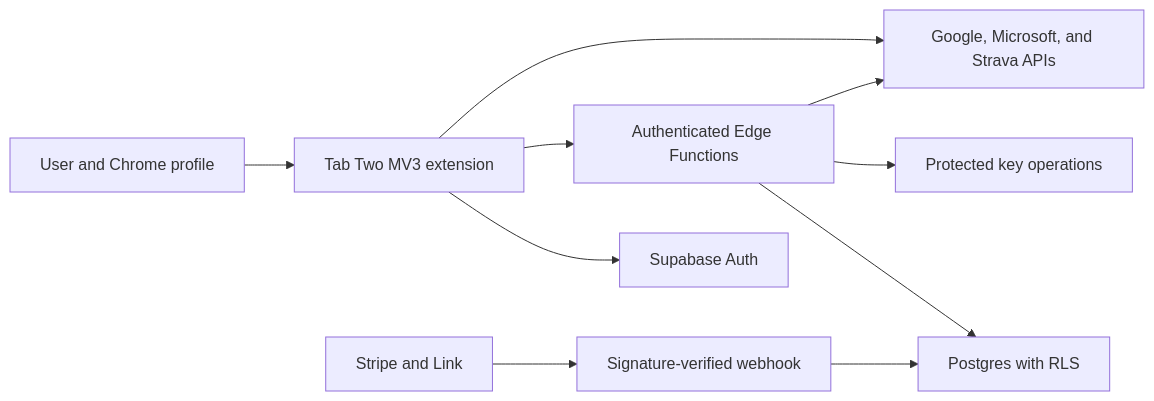
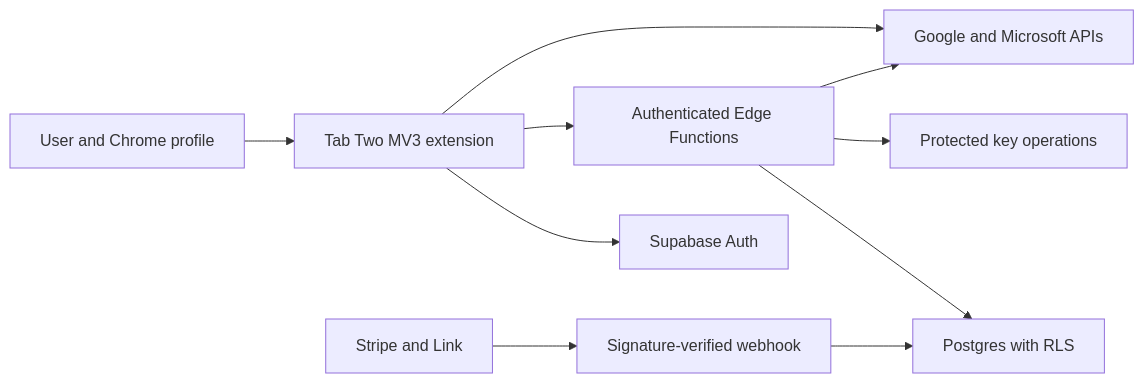
One commit to jcooler/aurora-newtab changed the diagram in docs/superpowers/specs/2026-08-31-tab-two-paid-mvp-threat-model.md. Above: the diagram before and after it, drawn with Mermaid. The commit also changed other lines of this file and 6 other files, not shown here.

````diff
--- a/docs/superpowers/specs/2026-08-31-tab-two-paid-mvp-threat-model.md
+++ b/docs/superpowers/specs/2026-08-31-tab-two-paid-mvp-threat-model.md
@@ -37,12 +42,12 @@
 ```mermaid
 flowchart LR
   U["User and Chrome profile"] --> E["Tab Two MV3 extension"]
   E --> A["Supabase Auth"]
   E --> F["Authenticated Edge Functions"]
   F --> D["Postgres with RLS"]
   F --> K["Protected key operations"]
   S["Stripe and Link"] --> W["Signature-verified webhook"]
   W --> D
-  E --> P["Google, Microsoft, and Strava APIs"]
+  E --> P["Google and Microsoft APIs"]
   F --> P
 ```
````
